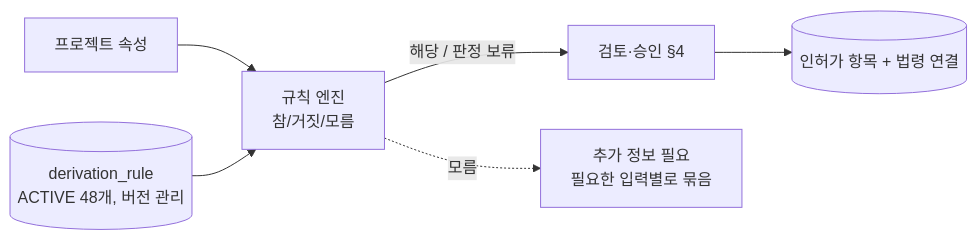
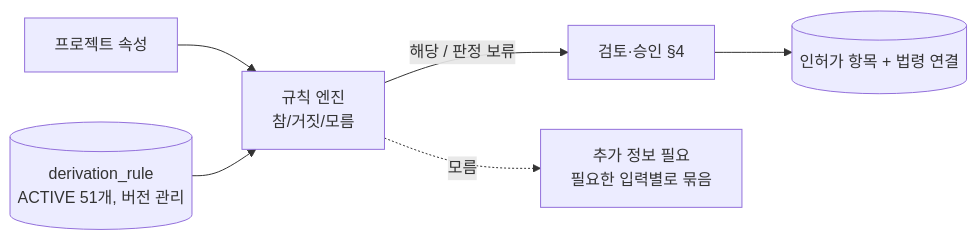
Before and after one commit to Dawit-lee/Environmental-License-System: the fourth of 5 diagrams in docs/ARCHITECTURE.md, drawn with Mermaid. The commit also changed 2 other files, not shown here.

Commit message:
Docs: update rule counts (51), D3 coverage (39/77) and tests (887) after #61

````diff
--- a/docs/ARCHITECTURE.md
+++ b/docs/ARCHITECTURE.md
@@ -130,8 +130,8 @@
 ```mermaid
 flowchart LR
   ATTR[프로젝트 속성] --> ENG[규칙 엔진<br/>참/거짓/모름]
-  RULES[(derivation_rule<br/>ACTIVE 48개, 버전 관리)] --> ENG
+  RULES[(derivation_rule<br/>ACTIVE 51개, 버전 관리)] --> ENG
   ENG -->|해당 / 판정 보류| RV[검토·승인 §4]
   RV --> PI[(인허가 항목 + 법령 연결)]
   ENG -.->|모름| ASK[추가 정보 필요<br/>필요한 입력별로 묶음]
 ```
````
